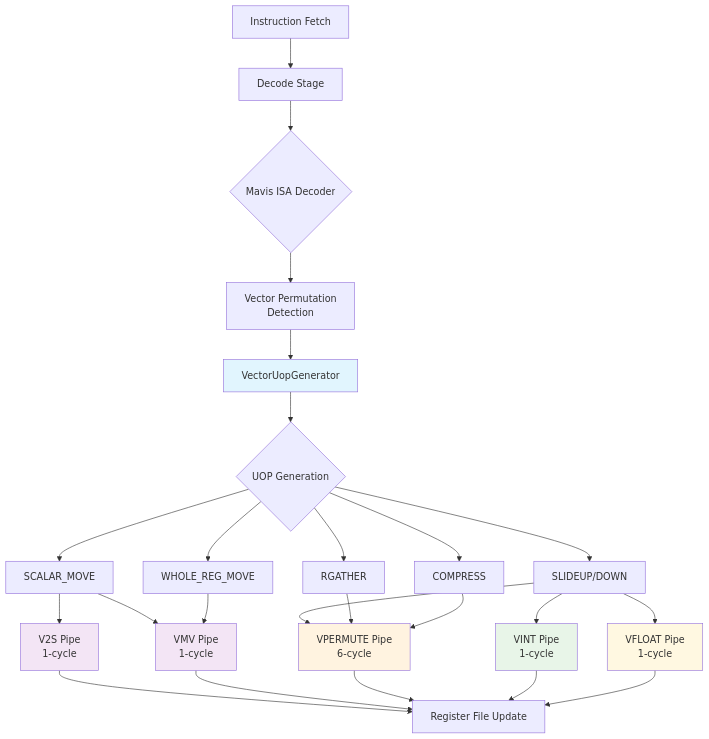
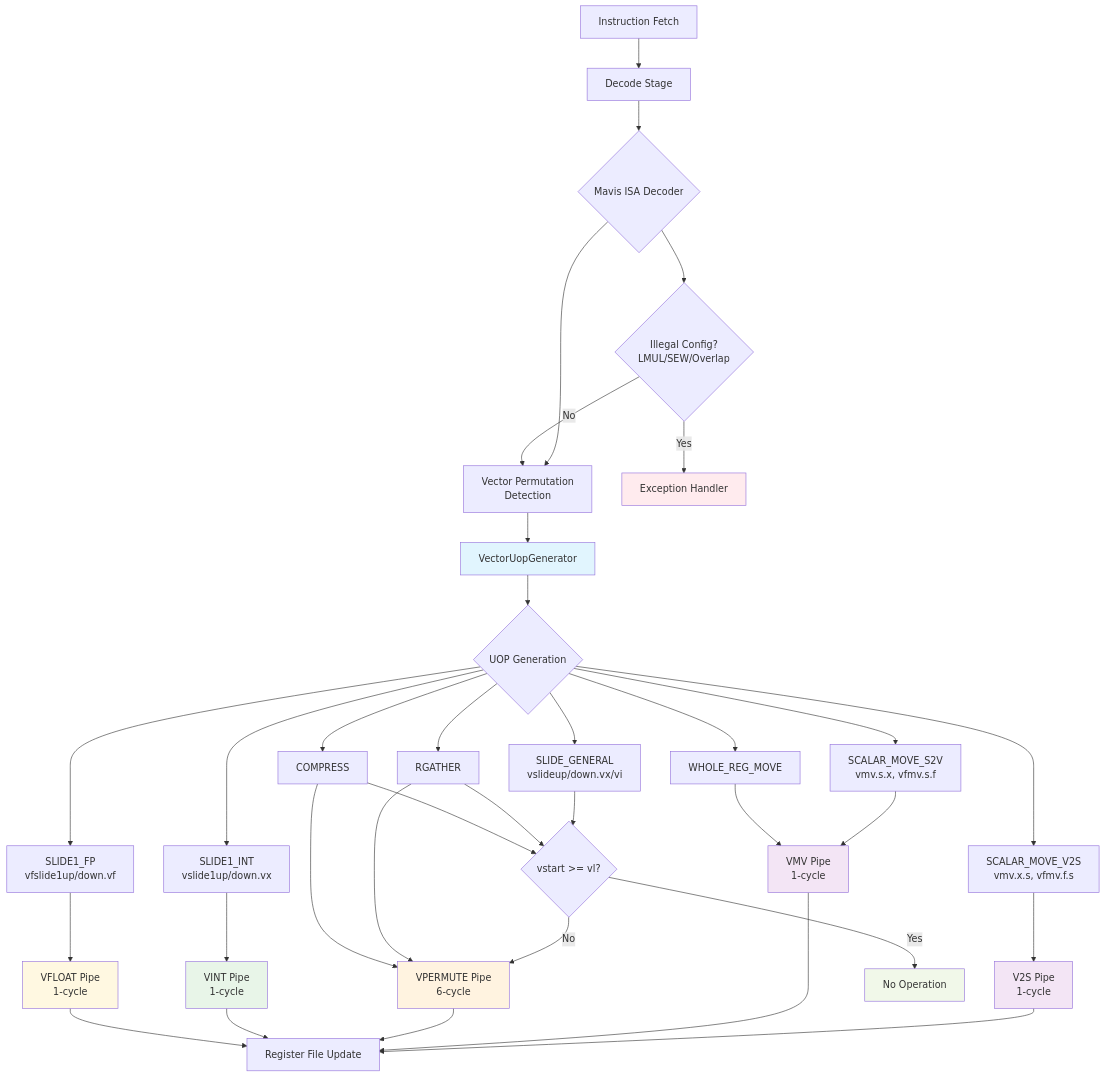
The diagram in docs/vector_permutation.adoc (riscv-software-src/riscv-perf-model), drawn with Mermaid before and after one commit. The commit also changed other lines of this file, not shown here.

Commit message:
Update the unit block diagram

```diff
--- a/docs/vector_permutation.adoc
+++ b/docs/vector_permutation.adoc
@@ -618,37 +797,56 @@
 [mermaid]
 ....
 flowchart TD
     A[Instruction Fetch] --> B[Decode Stage]
     B --> C{Mavis ISA Decoder}
     C --> D[Vector Permutation<br/>Detection]
     D --> E[VectorUopGenerator]
     
     E --> F{UOP Generation}
-    F --> G1[SCALAR_MOVE]
-    F --> G2[SLIDEUP/DOWN]
-    F --> G3[RGATHER]
-    F --> G4[COMPRESS]
-    F --> G5[WHOLE_REG_MOVE]
+    F --> G1[SCALAR_MOVE_V2S<br/>vmv.x.s, vfmv.f.s]
+    F --> G2[SCALAR_MOVE_S2V<br/>vmv.s.x, vfmv.s.f]
+    F --> G3[SLIDE_GENERAL<br/>vslideup/down.vx/vi]
+    F --> G4[SLIDE1_INT<br/>vslide1up/down.vx]
+    F --> G5[SLIDE1_FP<br/>vfslide1up/down.vf]
+    F --> G6[RGATHER]
+    F --> G7[COMPRESS]
+    F --> G8[WHOLE_REG_MOVE]
     
+    %% Scalar moves bypass vstart check (always execute)
     G1 --> H1[V2S Pipe<br/>1-cycle]
-    G1 --> H2[VMV Pipe<br/>1-cycle]
-    G2 --> H3[VPERMUTE Pipe<br/>6-cycle]
-    G2 --> H4[VINT Pipe<br/>1-cycle]
-    G2 --> H5[VFLOAT Pipe<br/>1-cycle]
-    G3 --> H3
-    G4 --> H3
-    G5 --> H2
+    G2 --> H2[VMV Pipe<br/>1-cycle]
+    G8 --> H2
+    
+    %% Other operations go through normal pipeline
+    G4 --> H4[VINT Pipe<br/>1-cycle]
+    G5 --> H5[VFLOAT Pipe<br/>1-cycle]
     
     H1 --> I[Register File Update]
     H2 --> I
     H3 --> I
     H4 --> I
     H5 --> I
     
+    %% Error handling paths
+    C --> J{Illegal Config?<br/>LMUL/SEW/Overlap}
+    J -->|Yes| K[Exception Handler]
+    J -->|No| D
+    
+    %% vstart handling for restartable ops only
+    G3 --> L{vstart >= vl?}
+    G6 --> L
+    G7 --> L
+    L -->|Yes| M[No Operation]
+    L -->|No| H3[VPERMUTE Pipe<br/>6-cycle]
+    G6 --> H3
+    G7 --> H3
+    
     style E fill:#e1f5fe
     style H3 fill:#fff3e0
     style H1 fill:#f3e5f5
     style H2 fill:#f3e5f5
     style H4 fill:#e8f5e8
     style H5 fill:#fff8e1
+    style K fill:#ffebee
+    style M fill:#f1f8e9
 ....
```
